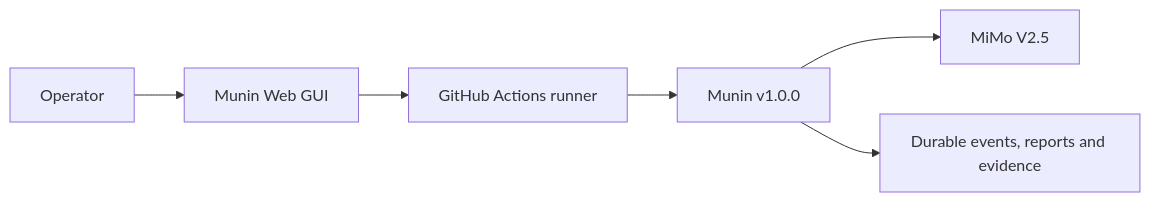
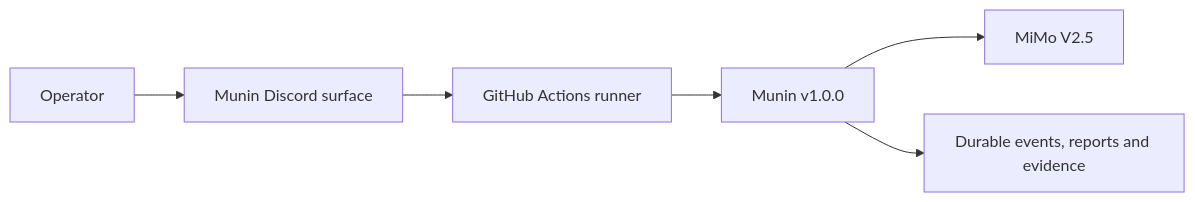
One commit to PrinceOfPwn/Munin changed the first of 9 diagrams in README.ko.md. Above: the diagram before and after it, drawn with Mermaid. The commit also changed other lines of this file and 13 other files, not shown here.

Commit message:
docs: Discord is the stable v1.0.0 operator surface while Web GUI is under repair

````diff
--- a/README.ko.md
+++ b/README.ko.md
@@ -61,8 +65,8 @@
 ```mermaid
 flowchart LR
-    Operator[Operator] --> GUI[Munin Web GUI]
-    GUI --> Actions[GitHub Actions runner]
+    Operator[Operator] --> Discord[Munin Discord surface]
+    Discord --> Actions[GitHub Actions runner]
     Actions --> Runtime[Munin v1.0.0]
     Runtime --> Model[MiMo V2.5]
     Runtime --> Evidence[Durable events, reports and evidence]
 ```
````
